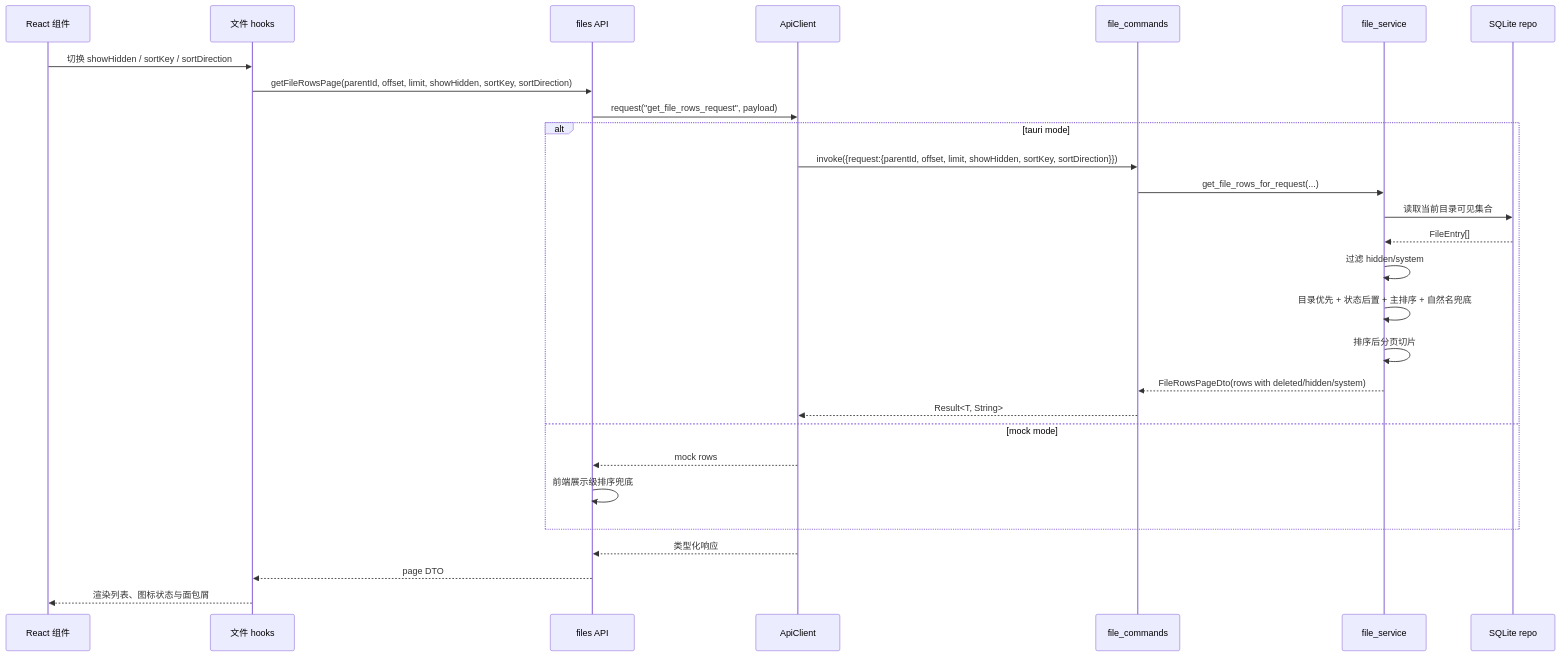
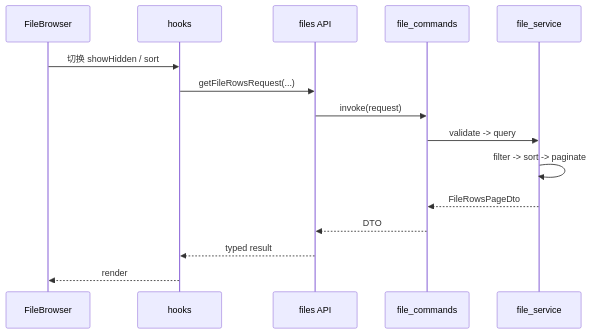
The fifth of 14 diagrams in docs/model-architecture-algorithm-diagrams.md (lQ-A-Ql/meow-detective), drawn with Mermaid before and after one commit. The commit also changed other lines of this file and 46 other files, not shown here.

````diff
--- a/docs/model-architecture-algorithm-diagrams.md
+++ b/docs/model-architecture-algorithm-diagrams.md
@@ -242,31 +144,18 @@
 ```mermaid
 sequenceDiagram
-  participant UI as React 组件
-  participant Hook as 文件 hooks
+  participant UI as FileBrowser
+  participant Hook as hooks
   participant API as files API
-  participant Client as ApiClient
   participant Cmd as file_commands
   participant Svc as file_service
-  participant Repo as SQLite repo
 
-  UI->>Hook: 切换 showHidden / sortKey / sortDirection
-  Hook->>API: getFileRowsPage(parentId, offset, limit, showHidden, sortKey, sortDirection)
-  API->>Client: request("get_file_rows_request", payload)
-  alt tauri mode
-    Client->>Cmd: invoke({request:{parentId, offset, limit, showHidden, sortKey, sortDirection}})
-    Cmd->>Svc: get_file_rows_for_request(...)
-    Svc->>Repo: 读取当前目录可见集合
-    Repo-->>Svc: FileEntry[]
-    Svc->>Svc: 过滤 hidden/system
-    Svc->>Svc: 目录优先 + 状态后置 + 主排序 + 自然名兜底
-    Svc->>Svc: 排序后分页切片
-    Svc-->>Cmd: FileRowsPageDto(rows with deleted/hidden/system)
-    Cmd-->>Client: Result<T, String>
-  else mock mode
-    Client-->>API: mock rows
-    API->>API: 前端展示级排序兜底
-  end
-  Client-->>API: 类型化响应
-  API-->>Hook: page DTO
-  Hook-->>UI: 渲染列表、图标状态与面包屑
+  UI->>Hook: 切换 showHidden / sort
+  Hook->>API: getFileRowsRequest(...)
+  API->>Cmd: invoke(request)
+  Cmd->>Svc: validate -> query
+  Svc->>Svc: filter -> sort -> paginate
+  Svc-->>Cmd: FileRowsPageDto
+  Cmd-->>API: DTO
+  API-->>Hook: typed result
+  Hook-->>UI: render
 ```
````
